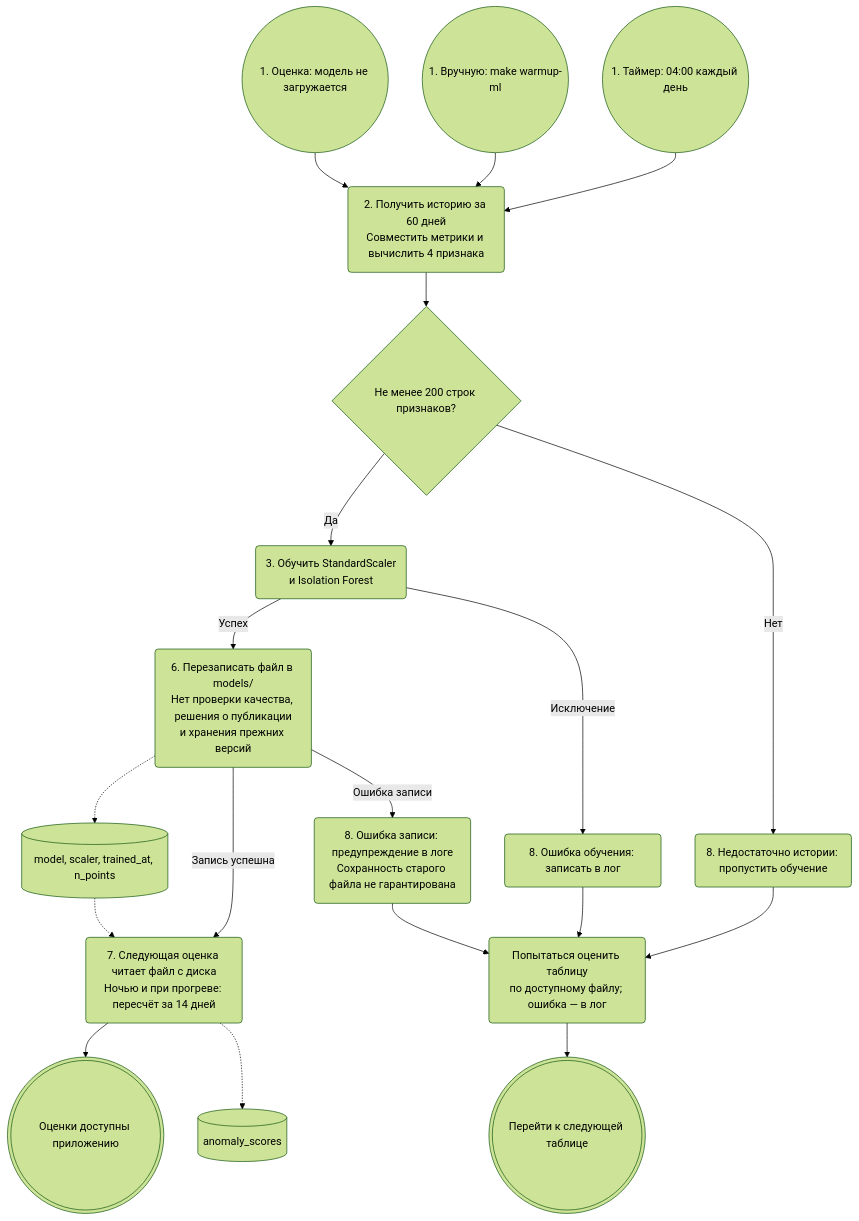
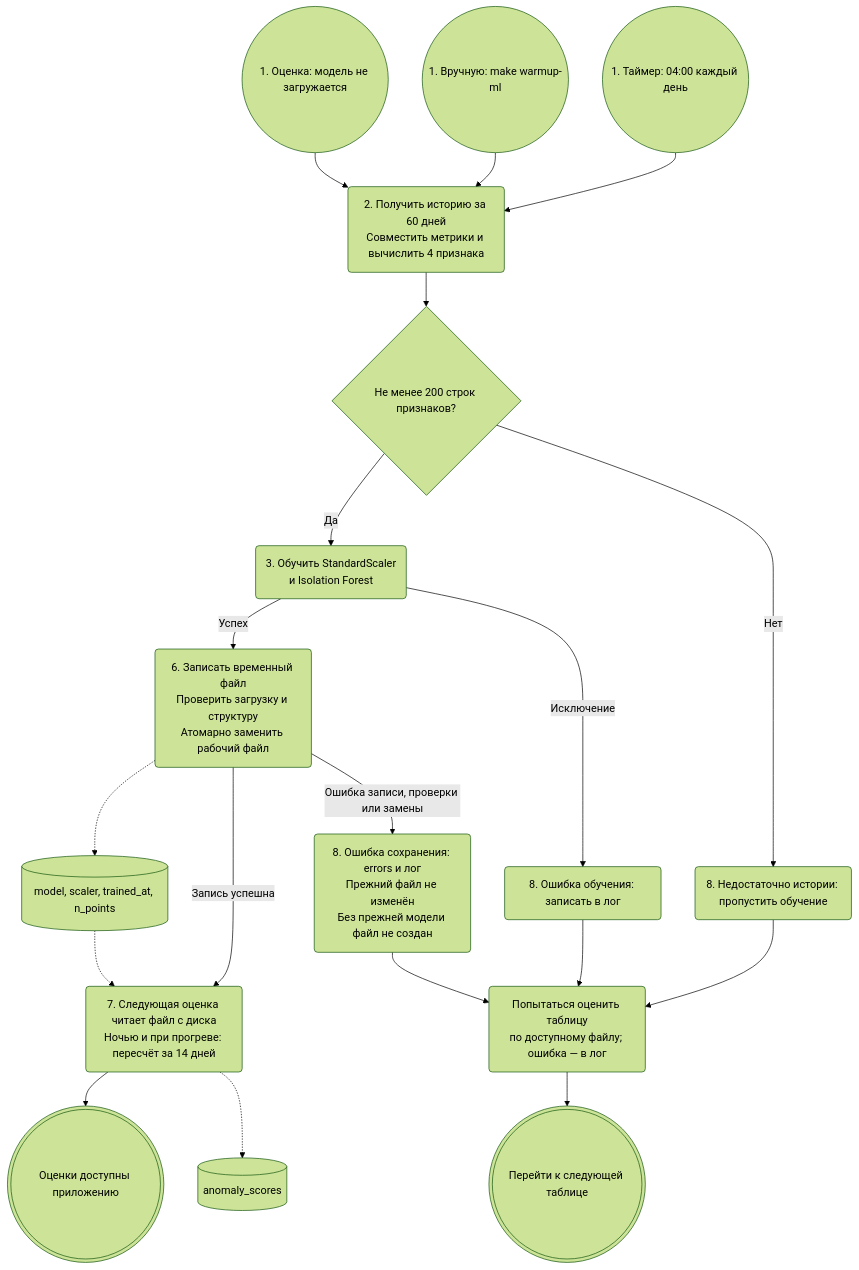
Before and after one commit to ksdergach/db-monitoring-production-standards: the first of 2 diagrams in docs/Model_retrain_BPMN.md, drawn with Mermaid (forest theme). The commit also changed other lines of this file and 3 other files, not shown here.

````diff
--- a/docs/Model_retrain_BPMN.md
+++ b/docs/Model_retrain_BPMN.md
@@ -27,33 +29,33 @@
 ```mermaid
 flowchart TB
     timer(("1. Таймер: 04:00 каждый день"))
     manual(("1. Вручную: make warmup-ml"))
     missing(("1. Оценка: модель не загружается"))
     prepare("2. Получить историю за 60 дней<br/>Совместить метрики и вычислить 4 признака")
     enough{"Не менее 200 строк признаков?"}
     train("3. Обучить StandardScaler<br/>и Isolation Forest")
-    save("6. Перезаписать файл в models/<br/>Нет проверки качества, решения о публикации<br/>и хранения прежних версий")
+    save("6. Записать временный файл<br/>Проверить загрузку и структуру<br/>Атомарно заменить рабочий файл")
     model[("model, scaler, trained_at, n_points")]
     use("7. Следующая оценка читает файл с диска<br/>Ночью и при прогреве: пересчёт за 14 дней")
     scores[("anomaly_scores")]
     done((("Оценки доступны приложению")))
     skip("8. Недостаточно истории: пропустить обучение")
     fail("8. Ошибка обучения: записать в лог")
-    save_fail("8. Ошибка записи: предупреждение в логе<br/>Сохранность старого файла не гарантирована")
+    save_fail("8. Ошибка сохранения: errors и лог<br/>Прежний файл не изменён<br/>Без прежней модели файл не создан")
     attempt("Попытаться оценить таблицу<br/>по доступному файлу; ошибка — в лог")
     finish((("Перейти к следующей таблице")))
 
     timer --> prepare
     manual --> prepare
     missing --> prepare
     prepare --> enough
     enough -->|Да| train
     enough -->|Нет| skip --> attempt
     train -->|Успех| save
     train -->|Исключение| fail --> attempt
     save -->|Запись успешна| use --> done
-    save -->|Ошибка записи| save_fail --> attempt --> finish
+    save -->|Ошибка записи, проверки или замены| save_fail --> attempt --> finish
     save -.-> model
     model -.-> use
     use -.-> scores
 ```
````
